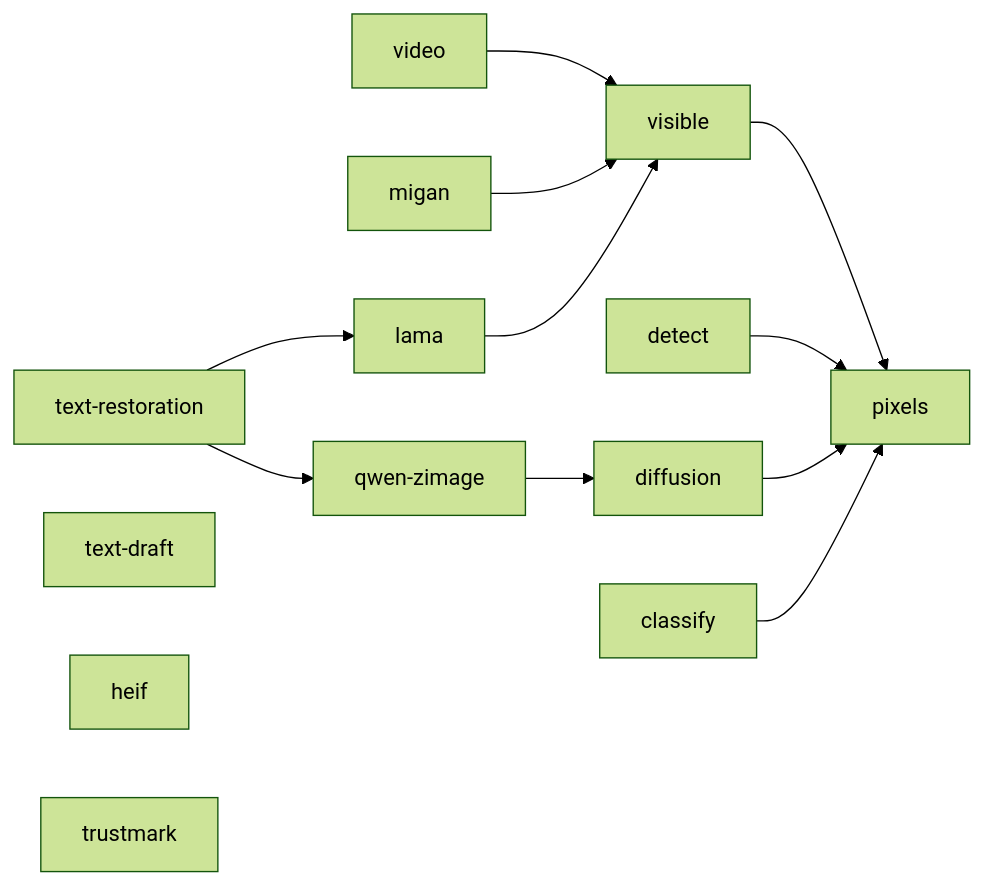
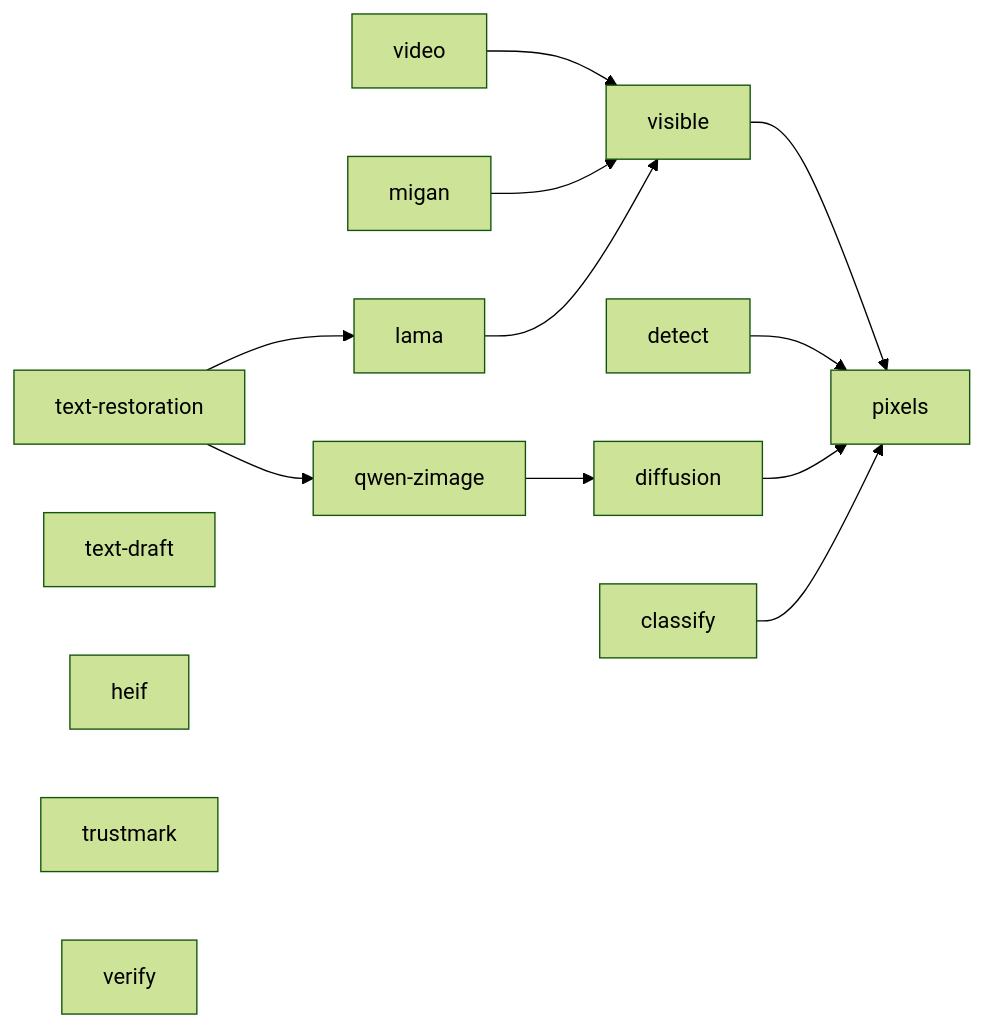
One commit to DKalimist/remove-ai-watermarks changed the diagram in docs/installation.md. Above: the diagram before and after it, drawn with Mermaid (forest theme). The commit also changed other lines of this file and 89 other files, not shown here.

````diff
--- a/docs/installation.md
+++ b/docs/installation.md
@@ -127,16 +128,17 @@
 ```mermaid
 flowchart LR
     visible --> pixels
     video --> visible
     detect --> pixels
     diffusion --> pixels
     migan --> visible
     lama --> visible
     qwen["qwen-zimage"] --> diffusion
     text["text-restoration"] --> qwen
     text --> lama
     draft["text-draft"]
     heif
     trustmark
     classify --> pixels
+    verify
 ```
````
